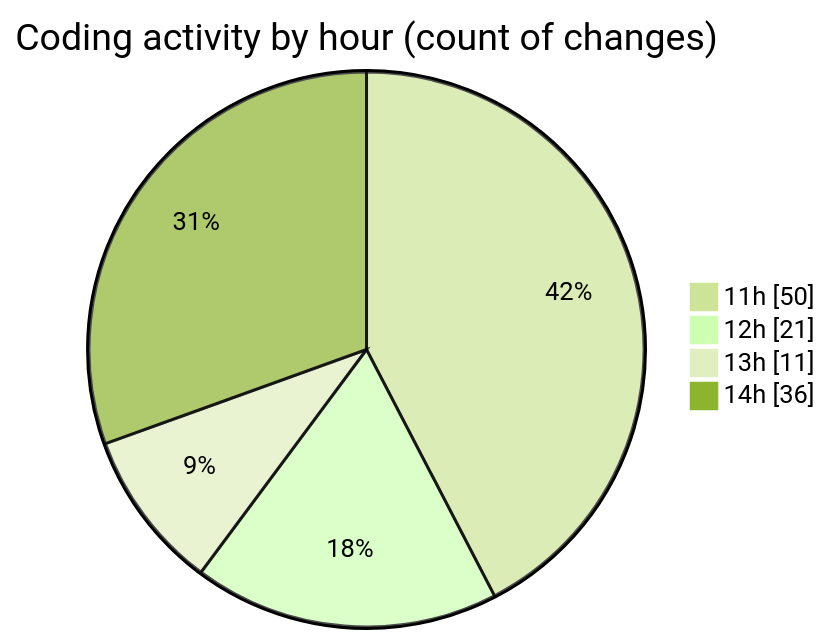
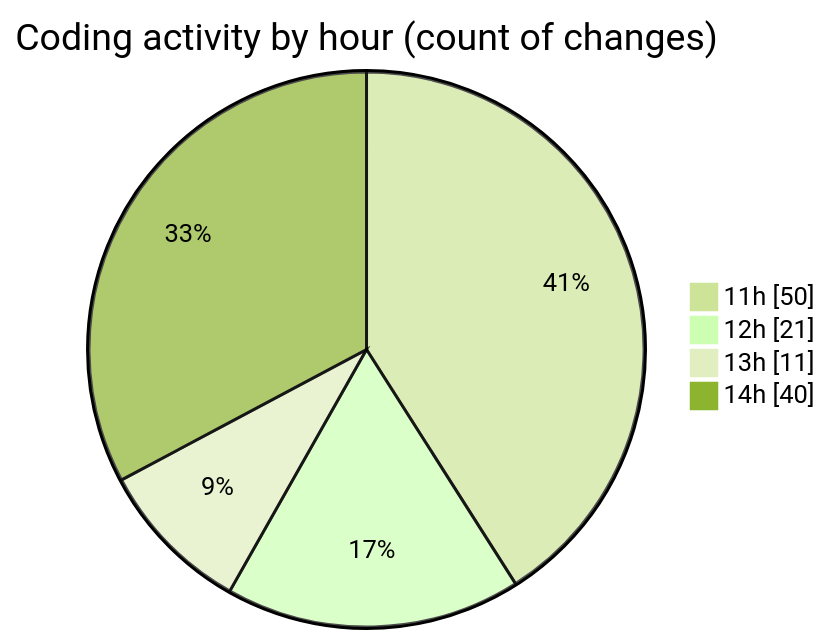
One commit to tmsrecording-cyber/code-tracking changed the second of 2 diagrams in 2026-02-06/singularitybrainai/README.md. Above: the diagram before and after it, drawn with Mermaid (forest theme). The commit also changed other lines of this file and 1 other file, not shown here.

````diff
--- a/2026-02-06/singularitybrainai/README.md
+++ b/2026-02-06/singularitybrainai/README.md
@@ -40,8 +41,8 @@
 ```mermaid
 pie showData
 title Coding activity by hour (count of changes)
 "11h" : 50
 "12h" : 21
 "13h" : 11
-"14h" : 36
+"14h" : 40
 ```
````
